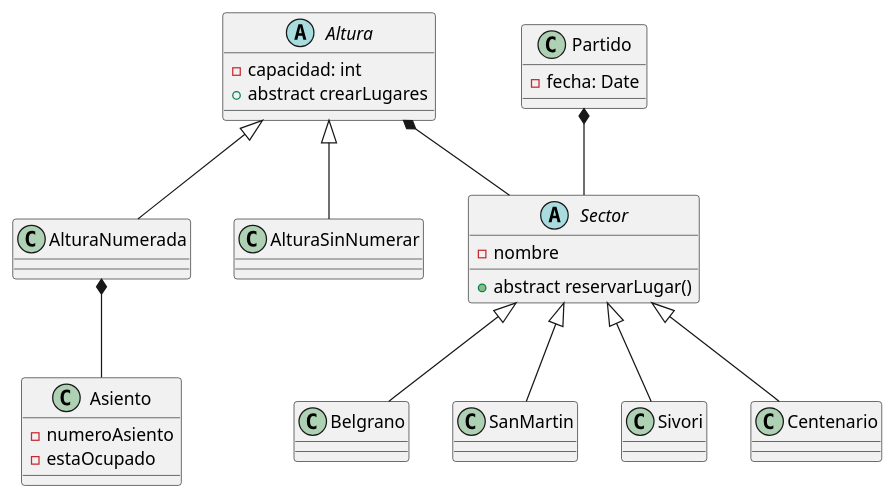
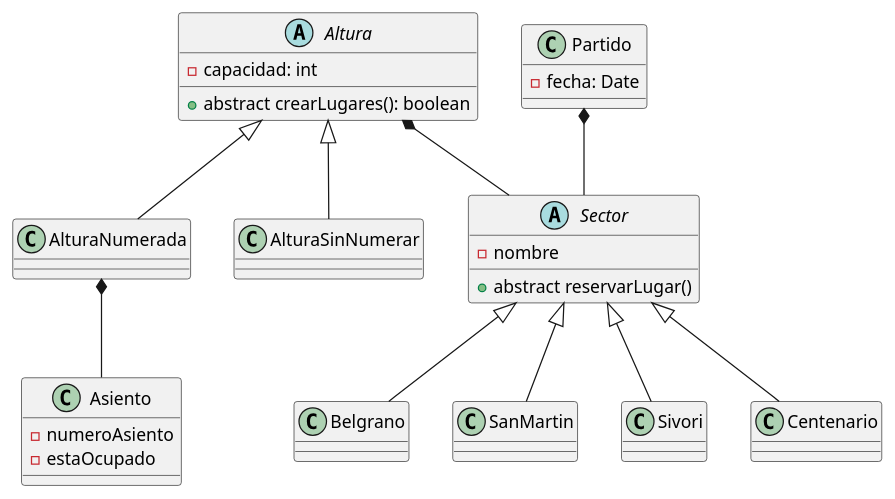
The diagram in src/main/resources/diagram.puml (SimonForteza/TPO_POO_2024), drawn with PlantUML before and after one commit. The commit also changed 2 other files, not shown here.

```diff
--- a/src/main/resources/diagram.puml
+++ b/src/main/resources/diagram.puml
@@ -1,42 +1,42 @@
 @startuml
 abstract class Altura{
     -capacidad: int
-    +abstract crearLugares
+    +abstract crearLugares(): boolean
 }
 
 class AlturaNumerada{}
 class AlturaSinNumerar{}
 
 class Asiento{
     -numeroAsiento
     -estaOcupado
 }
 
 abstract class Sector{
     -nombre
     +abstract reservarLugar()
 }
 
 class Belgrano{}
 class SanMartin{}
 class Sivori{}
 class Centenario{}
 
 class Partido {
     -fecha: Date
 }
 
 Altura <|-- AlturaNumerada
 Altura <|-- AlturaSinNumerar
 
 Altura *-- Sector
 AlturaNumerada *-- Asiento
 
 Sector <|-- Belgrano
 Sector <|-- SanMartin
 Sector <|-- Sivori
 Sector <|-- Centenario
 
 Partido *-- Sector
 
 @enduml
```
